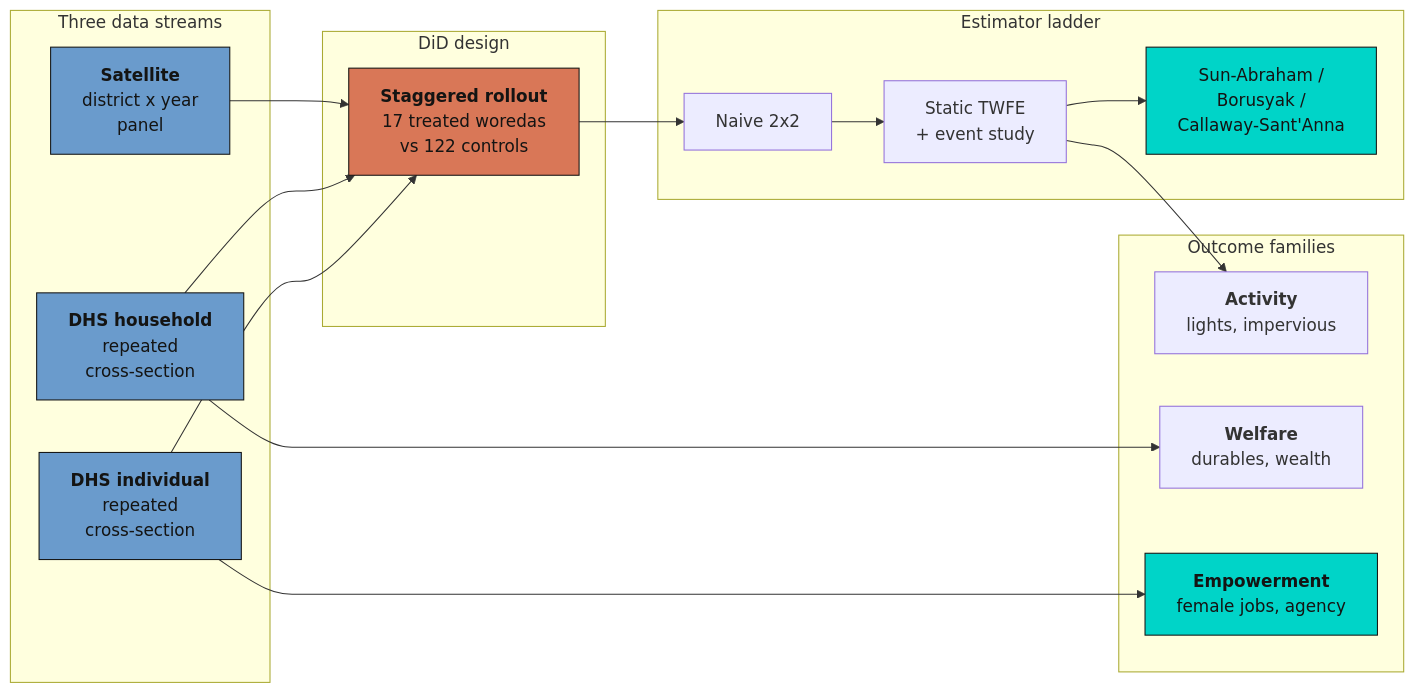
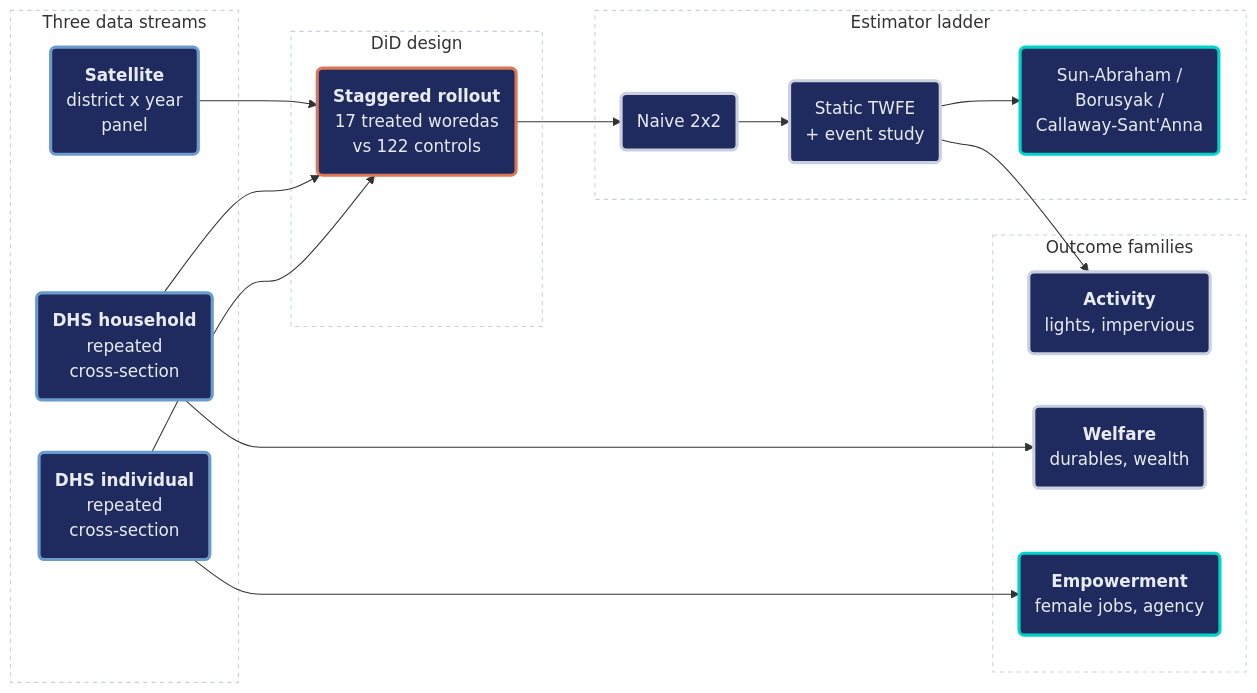
The diagram in content/post/python_did_industrial_park/index.md (cmg777/starter-academic-v501), drawn with Mermaid before and after one commit. The commit also changed 16 other files, not shown here.

First line of the commit message:
content(mermaid): restyle flowcharts in Python posts, batch 1 of 2

````diff
--- a/content/post/python_did_industrial_park/index.md
+++ b/content/post/python_did_industrial_park/index.md
@@ -102,39 +102,44 @@
 ```mermaid
 graph LR
     subgraph DATA["Three data streams"]
-    A["<b>Satellite</b><br/>district x year<br/>panel"]
-    B["<b>DHS household</b><br/>repeated<br/>cross-section"]
-    C["<b>DHS individual</b><br/>repeated<br/>cross-section"]
+    A("<b>Satellite</b><br/>district x year<br/>panel")
+    B("<b>DHS household</b><br/>repeated<br/>cross-section")
+    C("<b>DHS individual</b><br/>repeated<br/>cross-section")
     end
 
     subgraph DESIGN["DiD design"]
-    D["<b>Staggered rollout</b><br/>17 treated woredas<br/>vs 122 controls"]
+    D("<b>Staggered rollout</b><br/>17 treated woredas<br/>vs 122 controls")
     end
 
     subgraph LADDER["Estimator ladder"]
-    E["Naive 2x2"]
-    F["Static TWFE<br/>+ event study"]
-    G["Sun-Abraham /<br/>Borusyak /<br/>Callaway-Sant'Anna"]
+    E("Naive 2x2")
+    F("Static TWFE<br/>+ event study")
+    G("Sun-Abraham /<br/>Borusyak /<br/>Callaway-Sant'Anna")
     end
 
     subgraph OUT["Outcome families"]
-    H["<b>Activity</b><br/>lights, impervious"]
-    I["<b>Welfare</b><br/>durables, wealth"]
-    J["<b>Empowerment</b><br/>female jobs, agency"]
+    H("<b>Activity</b><br/>lights, impervious")
+    I("<b>Welfare</b><br/>durables, wealth")
+    J("<b>Empowerment</b><br/>female jobs, agency")
     end
 
     A --> D
     B --> D
     C --> D
     D --> E --> F --> G
     F --> H
     B --> I
     C --> J
-
-    style A fill:#6a9bcc,stroke:#141413,color:#141413
-    style B fill:#6a9bcc,stroke:#141413,color:#141413
-    style C fill:#6a9bcc,stroke:#141413,color:#141413
-    style D fill:#d97757,stroke:#141413,color:#141413
-    style G fill:#00d4c8,stroke:#141413,color:#141413
-    style J fill:#00d4c8,stroke:#141413,color:#141413
+    style DATA fill:none,stroke:#c8d0e0,stroke-width:1px,stroke-dasharray:4 4
+    style DESIGN fill:none,stroke:#c8d0e0,stroke-width:1px,stroke-dasharray:4 4
+    style LADDER fill:none,stroke:#c8d0e0,stroke-width:1px,stroke-dasharray:4 4
+    style OUT fill:none,stroke:#c8d0e0,stroke-width:1px,stroke-dasharray:4 4
+    classDef blue fill:#1f2b5e,stroke:#6a9bcc,stroke-width:3px,color:#e8ecf2
+    classDef orange fill:#1f2b5e,stroke:#d97757,stroke-width:3px,color:#e8ecf2
+    classDef gray fill:#1f2b5e,stroke:#c8d0e0,stroke-width:3px,color:#e8ecf2
+    classDef teal fill:#1f2b5e,stroke:#00d4c8,stroke-width:3px,color:#e8ecf2
+    class A,B,C blue
+    class D orange
+    class E,F,H,I gray
+    class G,J teal
 ```
````
